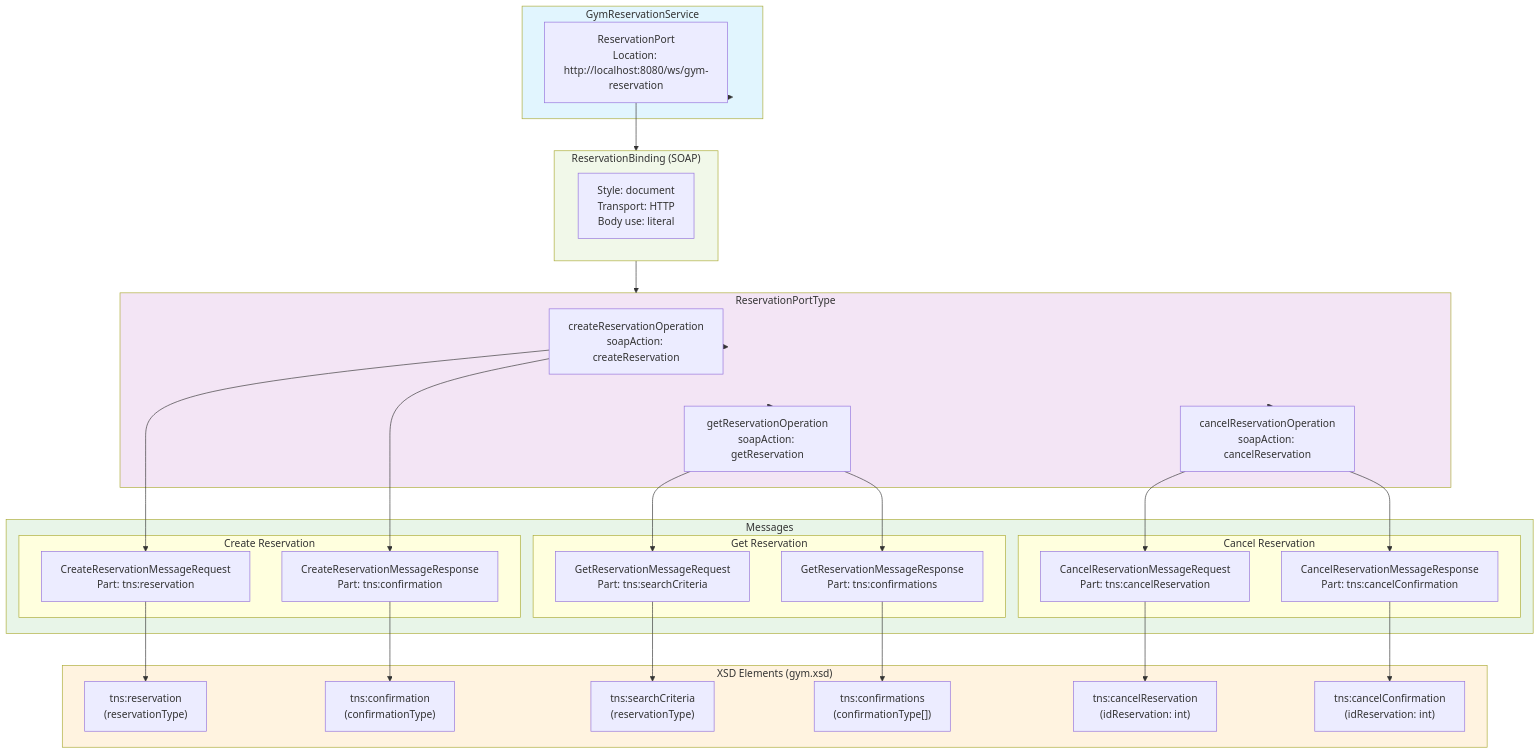
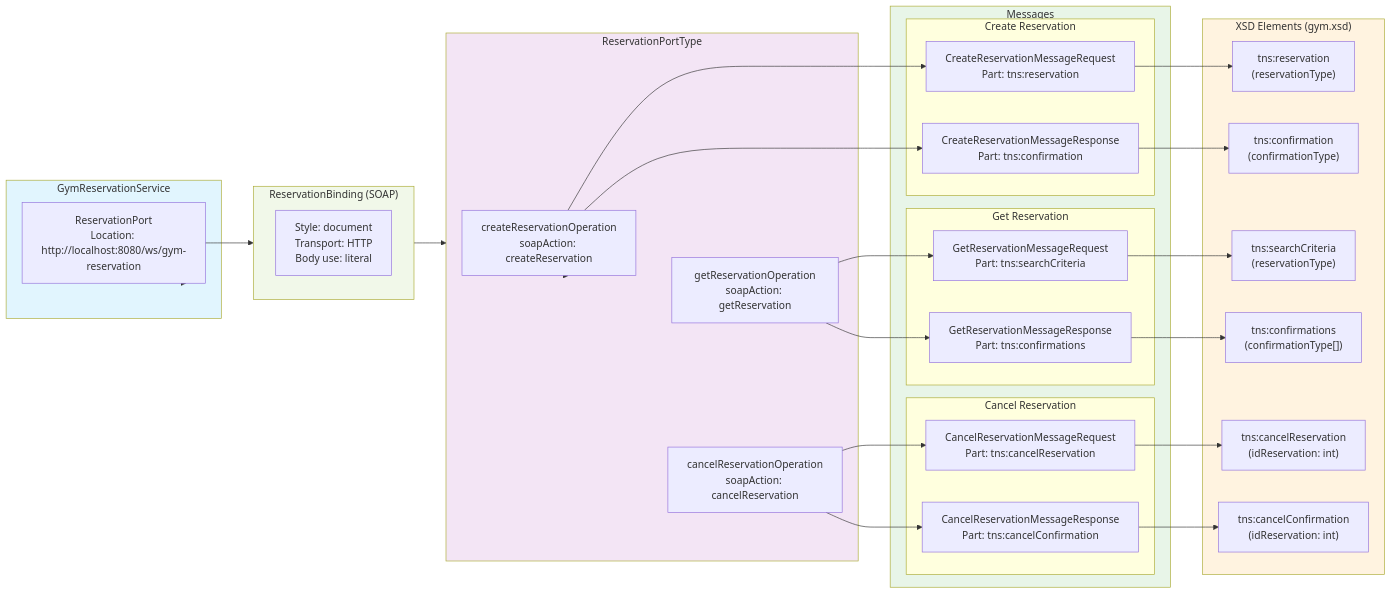
Before and after one commit to ebrenam/itq: the first of 5 diagrams in course/unit-02/README.md, drawn with Mermaid.

Commit message:
fix: Update flow direction in mermaid diagram for GymReservationService

````diff
--- a/course/unit-02/README.md
+++ b/course/unit-02/README.md
@@ -19,70 +19,70 @@
 ```mermaid
-flowchart TD
+flowchart LR
     subgraph Service["GymReservationService"]
         Port["ReservationPort<br/>Location: http://localhost:8080/ws/gym-reservation"]
     end
     
     subgraph Binding["ReservationBinding (SOAP)"]
         B1["Style: document<br/>Transport: HTTP<br/>Body use: literal"]
     end
     
     subgraph PortType["ReservationPortType"]
         Op1["createReservationOperation<br/>soapAction: createReservation"]
         Op2["getReservationOperation<br/>soapAction: getReservation"]
         Op3["cancelReservationOperation<br/>soapAction: cancelReservation"]
     end
     
     subgraph Messages["Messages"]
         subgraph CreateReservation["Create Reservation"]
             CreateReq["CreateReservationMessageRequest<br/>Part: tns:reservation"]
             CreateRes["CreateReservationMessageResponse<br/>Part: tns:confirmation"]
         end
         
         subgraph GetReservation["Get Reservation"]
             GetReq["GetReservationMessageRequest<br/>Part: tns:searchCriteria"]
             GetRes["GetReservationMessageResponse<br/>Part: tns:confirmations"]
         end
         
         subgraph CancelReservation["Cancel Reservation"]
             CancelReq["CancelReservationMessageRequest<br/>Part: tns:cancelReservation"]
             CancelRes["CancelReservationMessageResponse<br/>Part: tns:cancelConfirmation"]
         end
     end
     
     subgraph Types["XSD Elements (gym.xsd)"]
         T1["tns:reservation<br/>(reservationType)"]
         T2["tns:confirmation<br/>(confirmationType)"]
         T3["tns:searchCriteria<br/>(reservationType)"]
         T4["tns:confirmations<br/>(confirmationType[])"]
         T5["tns:cancelReservation<br/>(idReservation: int)"]
         T6["tns:cancelConfirmation<br/>(idReservation: int)"]
     end
     
     Service --> Port
     Port --> Binding
     Binding --> PortType
     
     PortType --> Op1
     PortType --> Op2
     PortType --> Op3
     
     Op1 --> CreateReq
     Op1 --> CreateRes
     Op2 --> GetReq
     Op2 --> GetRes
     Op3 --> CancelReq
     Op3 --> CancelRes
     
     CreateReq --> T1
     CreateRes --> T2
     GetReq --> T3
     GetRes --> T4
     CancelReq --> T5
     CancelRes --> T6
     
     style Service fill:#e1f5fe
     style PortType fill:#f3e5f5
     style Messages fill:#e8f5e8
     style Types fill:#fff3e0
     style Binding fill:#f1f8e9
 ```
````
